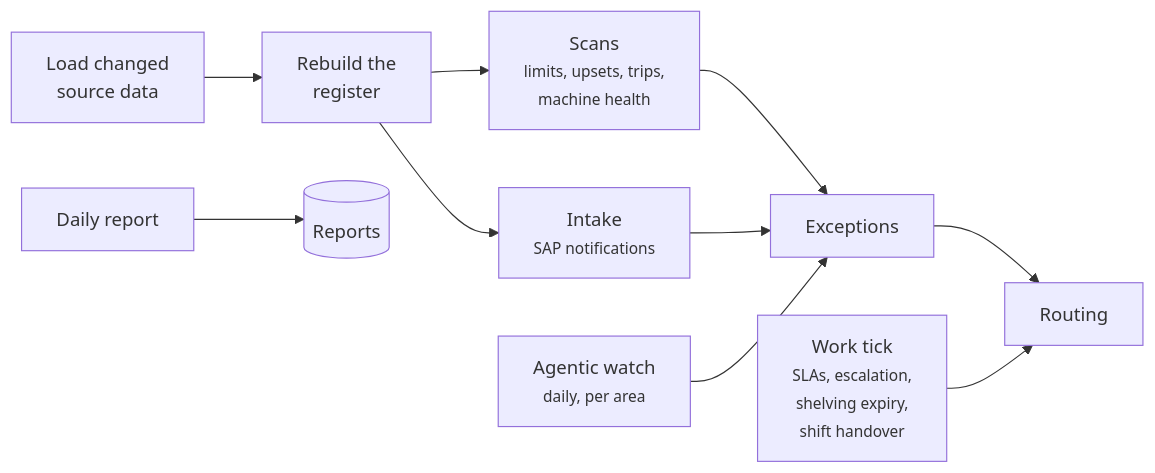
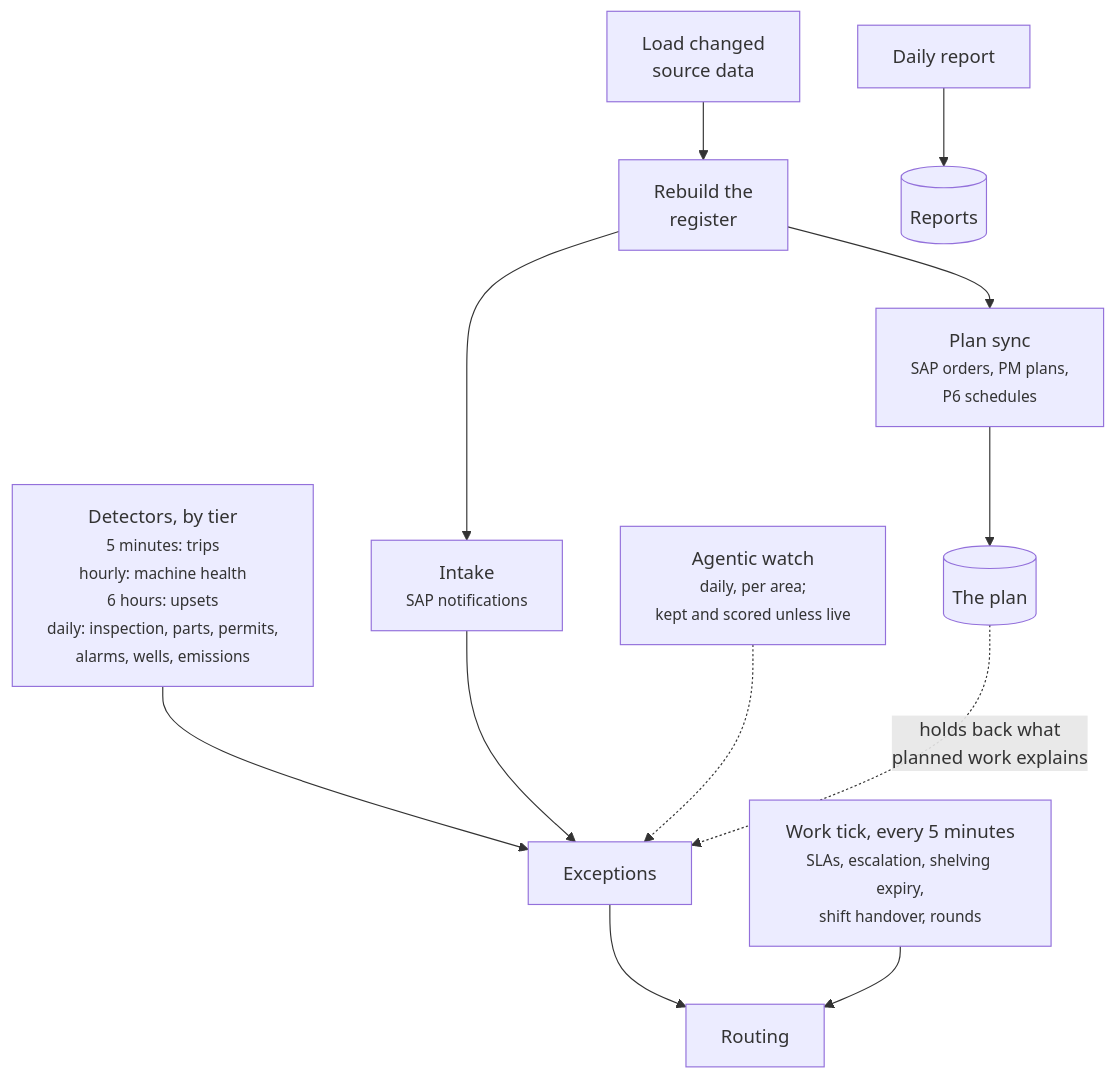
The third of 3 diagrams in docs/system.md (areed145/fuzer), drawn with Mermaid before and after one commit. The commit also changed other lines of this file and 60 other files, not shown here.

````diff
--- a/docs/system.md
+++ b/docs/system.md
@@ -85,12 +85,14 @@
 ```mermaid
-flowchart LR
+flowchart TB
   load["Load changed<br>source data"] --> rebuild["Rebuild the<br>register"]
   rebuild --> intake["Intake<br><small>SAP notifications</small>"]
-  rebuild --> scan["Scans<br><small>limits, upsets, trips,<br>machine health</small>"]
-  scan --> exc["Exceptions"]
+  rebuild --> plan["Plan sync<br><small>SAP orders, PM plans,<br>P6 schedules</small>"]
+  tiers["Detectors, by tier<br><small>5 minutes: trips<br>hourly: machine health<br>6 hours: upsets<br>daily: inspection, parts, permits,<br>alarms, wells, emissions</small>"] --> exc["Exceptions"]
   intake --> exc
+  watch["Agentic watch<br><small>daily, per area;<br>kept and scored unless live</small>"] -.-> exc
   exc --> route["Routing"]
-  tick["Work tick<br><small>SLAs, escalation,<br>shelving expiry,<br>shift handover</small>"] --> route
-  watch["Agentic watch<br><small>daily, per area</small>"] --> exc
+  plan --> pl[("The plan")]
+  pl -.->|"holds back what<br>planned work explains"| exc
+  tick["Work tick, every 5 minutes<br><small>SLAs, escalation, shelving expiry,<br>shift handover, rounds</small>"] --> route
   report["Daily report"] --> rep[("Reports")]
 ```
````
